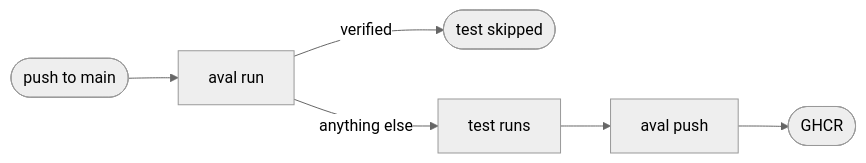
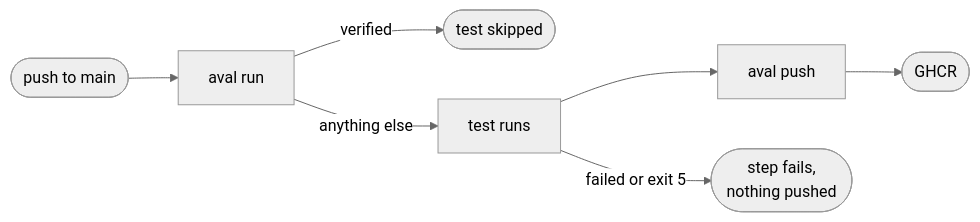
The diagram in docs/guides/github-actions.md (TrianaLab/aval), drawn with Mermaid (neutral theme) before and after one commit. The commit also changed other lines of this file and 48 other files, not shown here.

````diff
--- a/docs/guides/github-actions.md
+++ b/docs/guides/github-actions.md
@@ -6,6 +6,7 @@
 ```mermaid
 flowchart LR
   job([push to main]) --> run[aval run]
   run -- verified --> skip([test skipped]):::ok
   run -- anything else --> test[test runs] --> push[aval push] --> reg([GHCR]):::muted
+  test -- "failed or exit 5" --> fail([step fails,<br>nothing pushed]):::err
 ```
````
